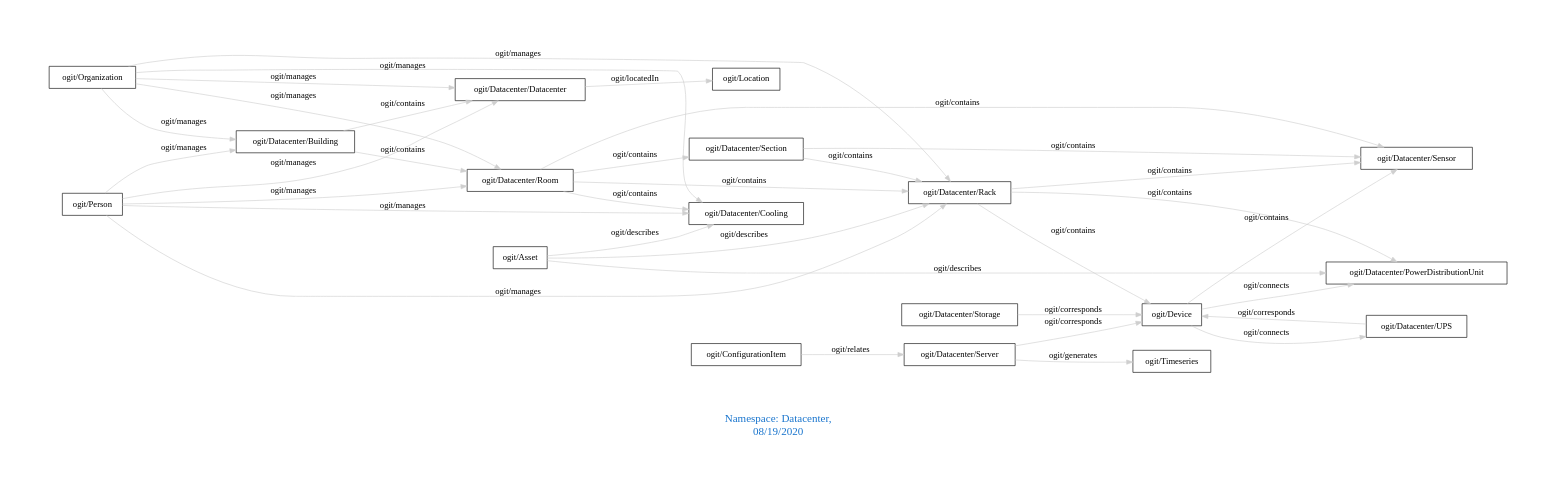
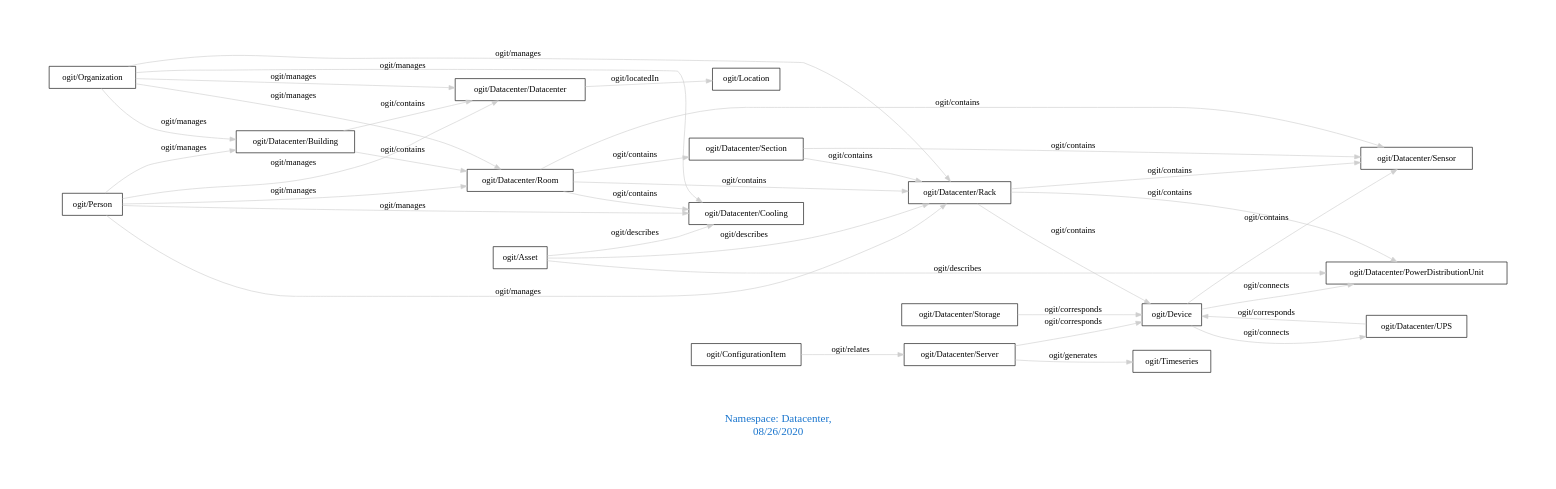
One commit to arago/OGIT changed the diagram in downloads/Datacenter.dot. Above: the diagram before and after it, drawn with Graphviz. The commit also changed 1814 other files, not shown here.

```diff
--- a/downloads/Datacenter.dot
+++ b/downloads/Datacenter.dot
@@ -1,41 +1,41 @@
 digraph OGIT_ontology {
  graph [ rankdir= LR,pad=1 
 fontsize = 18,
-fontcolor= dodgerblue3,label = "\n\n\nNamespace: Datacenter, \n 08/19/2020"];
+fontcolor= dodgerblue3,label = "\n\n\nNamespace: Datacenter, \n 08/26/2020"];
 node[shape=polygon];
 edge [  color="gray81"];
 
    "ogit/Datacenter/Building" -> "ogit/Datacenter/Datacenter" [label="   ogit/contains    "];
    "ogit/Datacenter/Building" -> "ogit/Datacenter/Room" [label="   ogit/contains    "];
    "ogit/Datacenter/Rack" -> "ogit/Datacenter/Sensor" [label="   ogit/contains    "];
    "ogit/Datacenter/Rack" -> "ogit/Datacenter/PowerDistributionUnit" [label="   ogit/contains    "];
    "ogit/Datacenter/Rack" -> "ogit/Device" [label="   ogit/contains    "];
    "ogit/Datacenter/Room" -> "ogit/Datacenter/Rack" [label="   ogit/contains    "];
    "ogit/Datacenter/Room" -> "ogit/Datacenter/Cooling" [label="   ogit/contains    "];
    "ogit/Datacenter/Room" -> "ogit/Datacenter/Sensor" [label="   ogit/contains    "];
    "ogit/Datacenter/Room" -> "ogit/Datacenter/Section" [label="   ogit/contains    "];
    "ogit/Datacenter/Section" -> "ogit/Datacenter/Sensor" [label="   ogit/contains    "];
    "ogit/Datacenter/Section" -> "ogit/Datacenter/Rack" [label="   ogit/contains    "];
    "ogit/Device" -> "ogit/Datacenter/Sensor" [label="   ogit/contains    "];
    "ogit/Organization" -> "ogit/Datacenter/Room" [label="   ogit/manages    "];
    "ogit/Organization" -> "ogit/Datacenter/Rack" [label="   ogit/manages    "];
    "ogit/Organization" -> "ogit/Datacenter/Datacenter" [label="   ogit/manages    "];
    "ogit/Organization" -> "ogit/Datacenter/Cooling" [label="   ogit/manages    "];
    "ogit/Organization" -> "ogit/Datacenter/Building" [label="   ogit/manages    "];
    "ogit/Person" -> "ogit/Datacenter/Room" [label="   ogit/manages    "];
    "ogit/Person" -> "ogit/Datacenter/Rack" [label="   ogit/manages    "];
    "ogit/Person" -> "ogit/Datacenter/Datacenter" [label="   ogit/manages    "];
    "ogit/Person" -> "ogit/Datacenter/Cooling" [label="   ogit/manages    "];
    "ogit/Person" -> "ogit/Datacenter/Building" [label="   ogit/manages    "];
    "ogit/Datacenter/Server" -> "ogit/Timeseries" [label="   ogit/generates    "];
    "ogit/Asset" -> "ogit/Datacenter/Rack" [label="   ogit/describes    "];
    "ogit/Asset" -> "ogit/Datacenter/PowerDistributionUnit" [label="   ogit/describes    "];
    "ogit/Asset" -> "ogit/Datacenter/Cooling" [label="   ogit/describes    "];
    "ogit/Device" -> "ogit/Datacenter/PowerDistributionUnit" [label="   ogit/connects    "];
    "ogit/Device" -> "ogit/Datacenter/UPS" [label="   ogit/connects    "];
    "ogit/Datacenter/Datacenter" -> "ogit/Location" [label="   ogit/locatedIn    "];
    "ogit/Datacenter/Server" -> "ogit/Device" [label="   ogit/corresponds    "];
    "ogit/Datacenter/Storage" -> "ogit/Device" [label="   ogit/corresponds    "];
    "ogit/Datacenter/UPS" -> "ogit/Device" [label="   ogit/corresponds    "];
    "ogit/ConfigurationItem" -> "ogit/Datacenter/Server" [label="   ogit/relates    "];
 }
```
